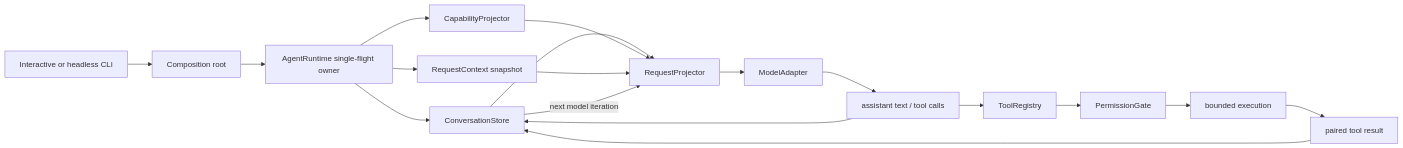
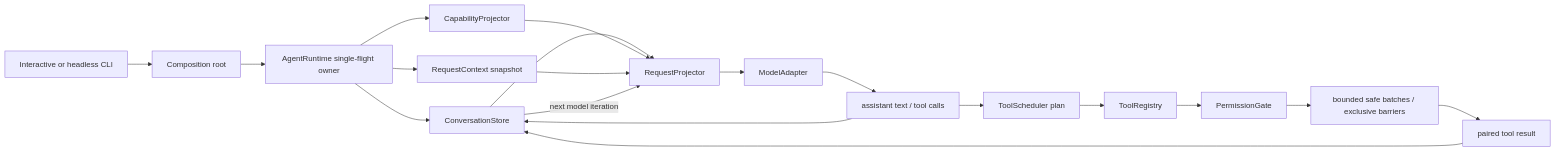
One commit to bai201928/claude-code-source-course changed the diagram in mini-agent-harness/architecture/core-runtime.md. Above: the diagram before and after it, drawn with Mermaid. The commit also changed other lines of this file and 49 other files, not shown here.

````diff
--- a/mini-agent-harness/architecture/core-runtime.md
+++ b/mini-agent-harness/architecture/core-runtime.md
@@ -7,20 +7,21 @@
 ```mermaid
 flowchart LR
   S["Interactive or headless CLI"] --> C["Composition root"]
   C --> R["AgentRuntime single-flight owner"]
   R --> CS["ConversationStore"]
   R --> CP["CapabilityProjector"]
   R --> RC["RequestContext snapshot"]
   CS --> RP["RequestProjector"]
   CP --> RP
   RC --> RP
   RP --> MA["ModelAdapter"]
   MA --> A["assistant text / tool calls"]
   A --> CS
-  A --> TR["ToolRegistry"]
+  A --> TS["ToolScheduler plan"]
+  TS --> TR["ToolRegistry"]
   TR --> PG["PermissionGate"]
-  PG --> EX["bounded execution"]
+  PG --> EX["bounded safe batches / exclusive barriers"]
   EX --> RES["paired tool result"]
   RES --> CS
   CS -->|"next model iteration"| RP
 ```
````
